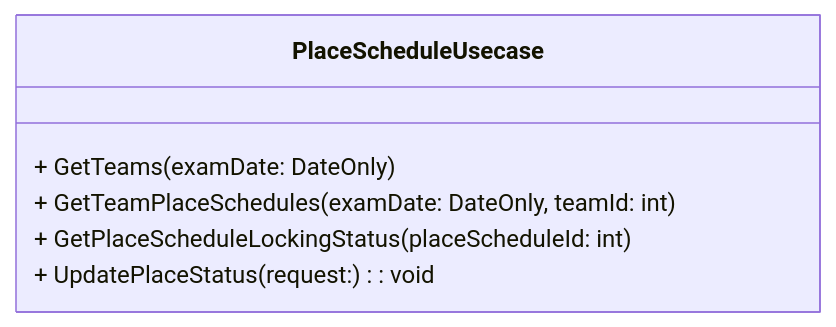
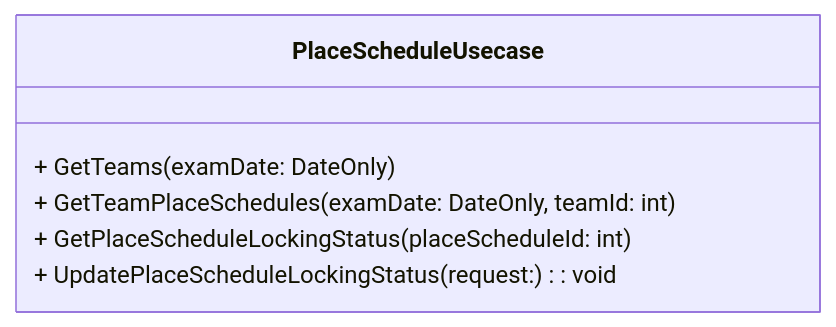
The fifth of 33 diagrams in Documents/API設計書/src/docs/5_ユースケース.adoc (MrWangpeilin945/FlutterIOS), drawn with Mermaid before and after one commit. The commit also changed other lines of this file, not shown here.

```diff
--- a/Documents/API設計書/src/docs/5_ユースケース.adoc
+++ b/Documents/API設計書/src/docs/5_ユースケース.adoc
@@ -72,10 +80,10 @@
 [mermaid,PlaceSchedule-u-cd,png]
 ----
 classDiagram
 class PlaceScheduleUsecase {
   + GetTeams(examDate: DateOnly)
   + GetTeamPlaceSchedules(examDate: DateOnly, teamId: int)
   + GetPlaceScheduleLockingStatus(placeScheduleId: int)
-  + UpdatePlaceStatus(request: ): void
+  + UpdatePlaceScheduleLockingStatus(request: ): void
 }
 ----
```
